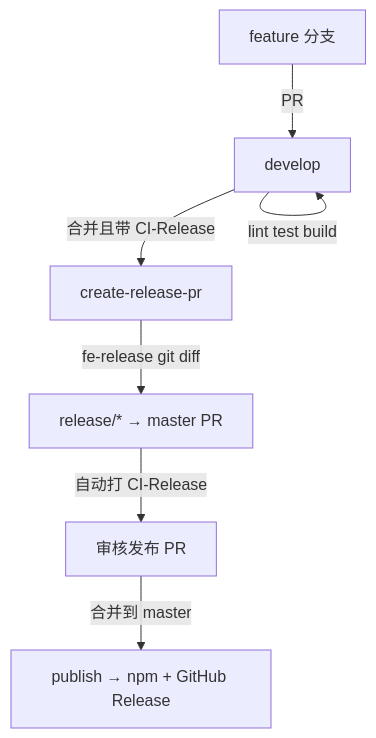
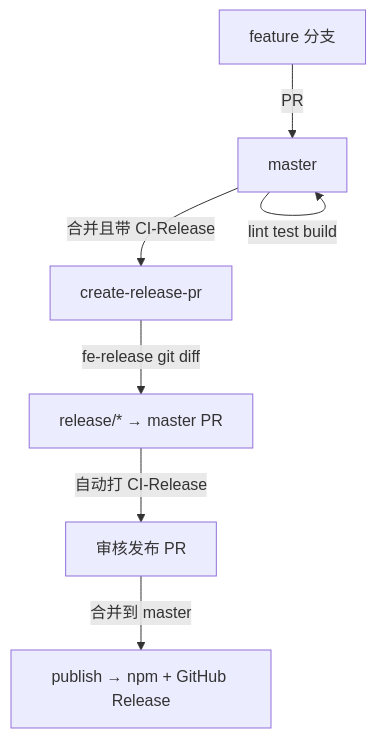
One commit to qlover/fe-base changed the diagram in packages/fe-release/README.md. Above: the diagram before and after it, drawn with Mermaid. The commit also changed other lines of this file and 6 other files, not shown here.

````diff
--- a/packages/fe-release/README.md
+++ b/packages/fe-release/README.md
@@ -220,9 +221,9 @@
 ```mermaid
 graph TD
-    A[feature 分支] -->|PR| B[develop]
+    A[feature 分支] -->|PR| B[master]
     B -->|lint test build| B
     B -->|合并且带 CI-Release| C[create-release-pr]
     C -->|fe-release git diff| D[release/* → master PR]
     D -->|自动打 CI-Release| E[审核发布 PR]
     E -->|合并到 master| F[publish → npm + GitHub Release]
 ```
````
